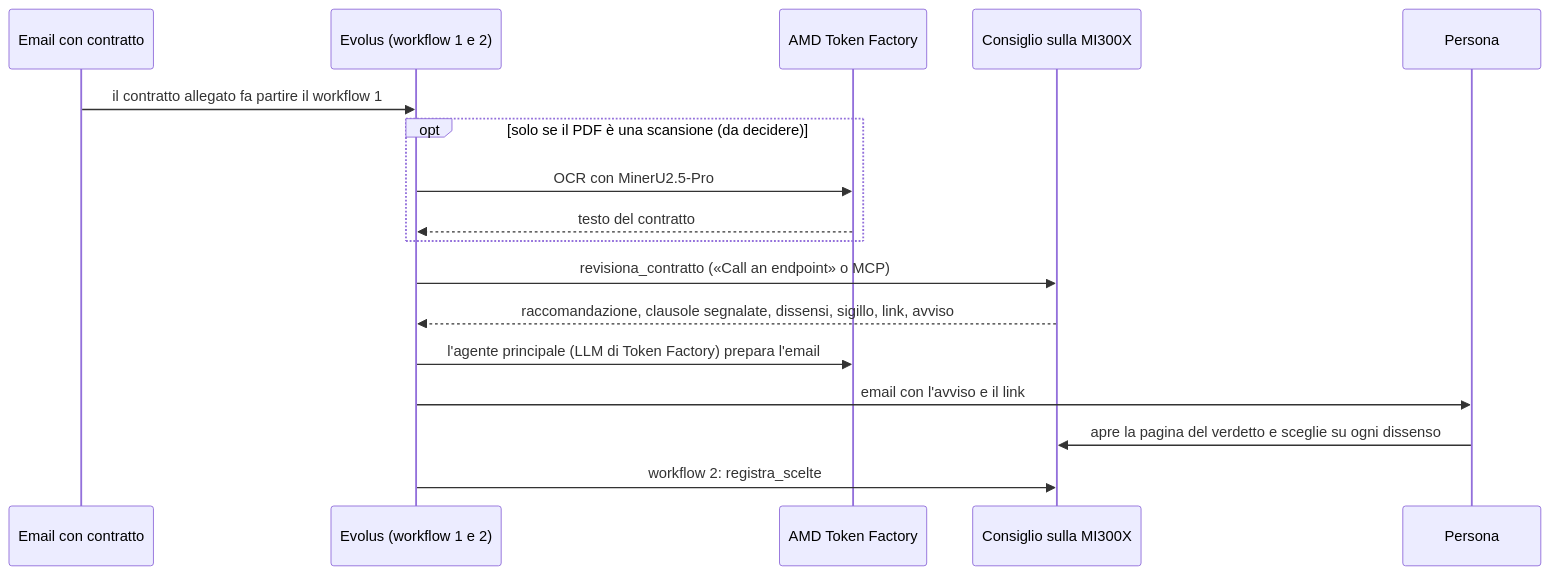
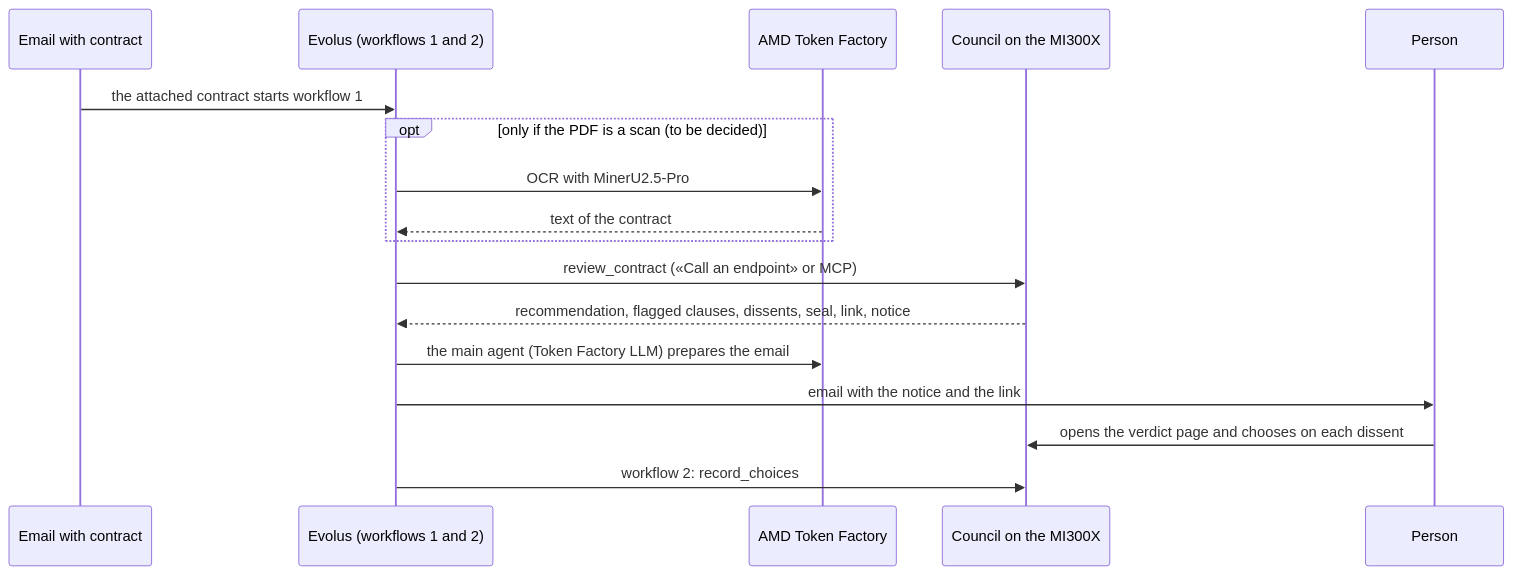
The diagram in council/FLOW.md (AIVolve-Team/the-silent-council), drawn with Mermaid before and after one commit. The commit also changed other lines of this file and 6 other files, not shown here.

First line of the commit message:
docs: translate the pre-registration, the glossary, measurement and flow docs to English

````diff
--- a/council/FLOW.md
+++ b/council/FLOW.md
@@ -10,19 +10,19 @@
 ```mermaid
 sequenceDiagram
-    participant M as Email con contratto
-    participant E as Evolus (workflow 1 e 2)
+    participant M as Email with contract
+    participant E as Evolus (workflows 1 and 2)
     participant T as AMD Token Factory
-    participant C as Consiglio sulla MI300X
-    participant P as Persona
-    M->>E: il contratto allegato fa partire il workflow 1
-    opt solo se il PDF è una scansione (da decidere)
-        E->>T: OCR con MinerU2.5-Pro
-        T-->>E: testo del contratto
+    participant C as Council on the MI300X
+    participant P as Person
+    M->>E: the attached contract starts workflow 1
+    opt only if the PDF is a scan (to be decided)
+        E->>T: OCR with MinerU2.5-Pro
+        T-->>E: text of the contract
     end
-    E->>C: revisiona_contratto («Call an endpoint» o MCP)
-    C-->>E: raccomandazione, clausole segnalate, dissensi, sigillo, link, avviso
-    E->>T: l'agente principale (LLM di Token Factory) prepara l'email
-    E->>P: email con l'avviso e il link
-    P->>C: apre la pagina del verdetto e sceglie su ogni dissenso
-    E->>C: workflow 2: registra_scelte
+    E->>C: review_contract («Call an endpoint» or MCP)
+    C-->>E: recommendation, flagged clauses, dissents, seal, link, notice
+    E->>T: the main agent (Token Factory LLM) prepares the email
+    E->>P: email with the notice and the link
+    P->>C: opens the verdict page and chooses on each dissent
+    E->>C: workflow 2: record_choices
 ```
````
